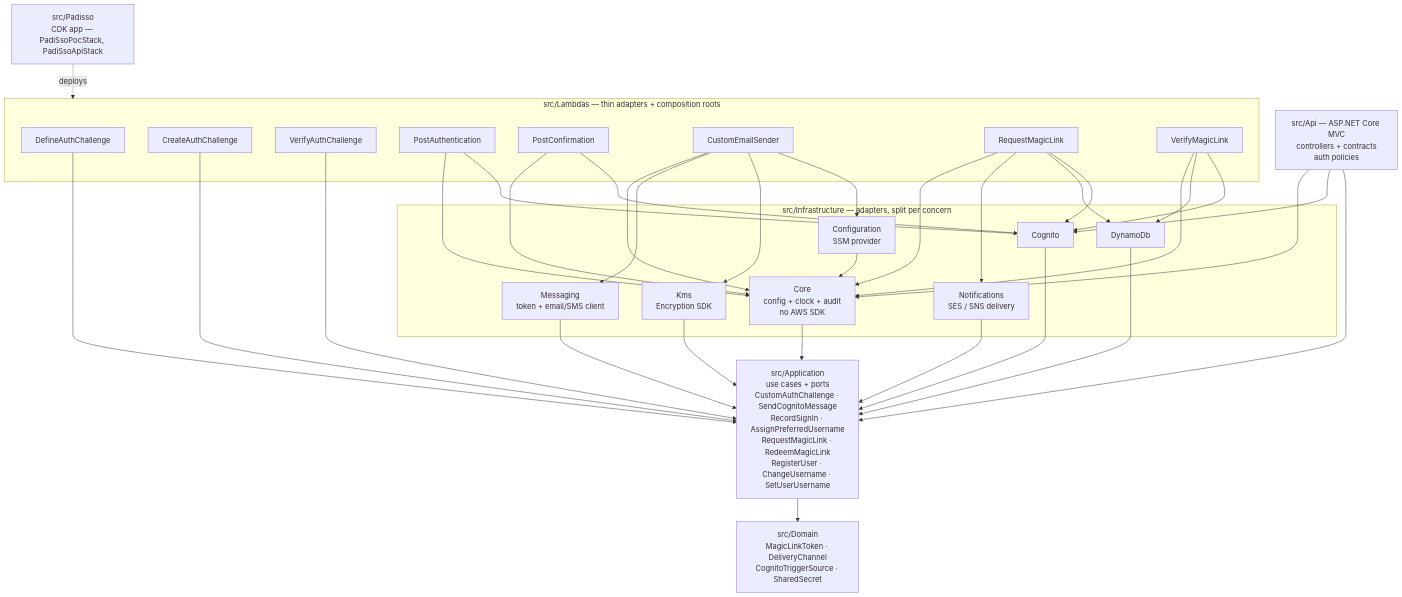
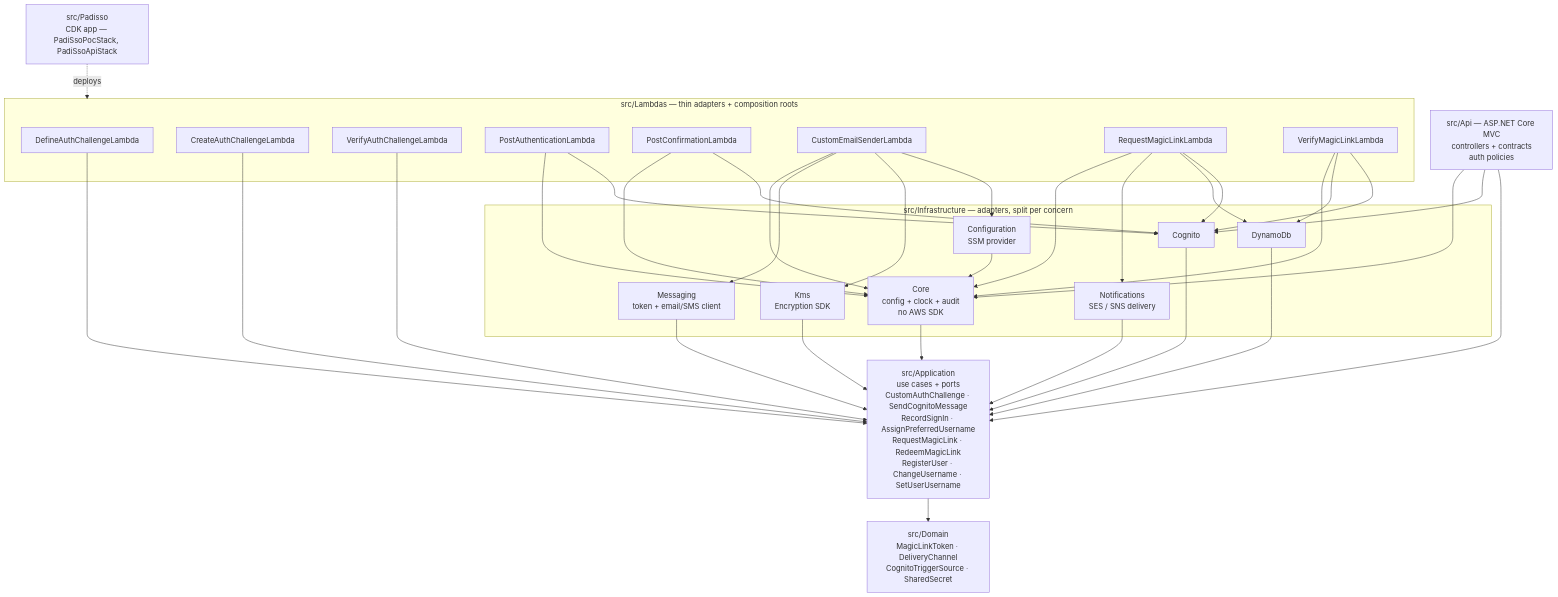
Before and after one commit to minhthanhnguyen/PADISSOPOC: the third of 6 diagrams in PADISSOPOC/docs/architecture.md, drawn with Mermaid. The commit also changed other lines of this file and 23 other files, not shown here.

````diff
--- a/PADISSOPOC/docs/architecture.md
+++ b/PADISSOPOC/docs/architecture.md
@@ -151,65 +154,65 @@
 ```mermaid
 flowchart TD
     WEBAPI["src/Api — ASP.NET Core MVC<br/>controllers + contracts<br/>auth policies"]
 
     subgraph lam["src/Lambdas — thin adapters + composition roots"]
-        L1["DefineAuthChallenge"]
-        L2["CreateAuthChallenge"]
-        L3["VerifyAuthChallenge"]
-        L4["PostAuthentication"]
-        L8["PostConfirmation"]
-        L5["CustomEmailSender"]
-        L6["RequestMagicLink"]
-        L7["VerifyMagicLink"]
+        L1["DefineAuthChallengeLambda"]
+        L2["CreateAuthChallengeLambda"]
+        L3["VerifyAuthChallengeLambda"]
+        L4["PostAuthenticationLambda"]
+        L8["PostConfirmationLambda"]
+        L5["CustomEmailSenderLambda"]
+        L6["RequestMagicLinkLambda"]
+        L7["VerifyMagicLinkLambda"]
     end
 
     subgraph infra["src/Infrastructure — adapters, split per concern"]
         ICore["Core<br/>config + clock + audit<br/>no AWS SDK"]
         ICfg["Configuration<br/>SSM provider"]
         ICog["Cognito"]
         IDdb["DynamoDb"]
         IKms["Kms<br/>Encryption SDK"]
         IMsg["Messaging<br/>token + email/SMS client"]
         INot["Notifications<br/>SES / SNS delivery"]
     end
 
     APP["src/Application<br/>use cases + ports<br/>CustomAuthChallenge · SendCognitoMessage<br/>RecordSignIn · AssignPreferredUsername<br/>RequestMagicLink · RedeemMagicLink<br/>RegisterUser · ChangeUsername · SetUserUsername"]
     DOM["src/Domain<br/>MagicLinkToken · DeliveryChannel<br/>CognitoTriggerSource · SharedSecret"]
 
     CDK["src/Padisso<br/>CDK app — PadiSsoPocStack, PadiSsoApiStack"]
 
     L1 --> APP
     L2 --> APP
     L3 --> APP
     L4 --> ICog
     L5 --> ICfg
     L5 --> IKms
     L5 --> IMsg
     L6 --> ICog
     L6 --> IDdb
     L6 --> INot
     L7 --> ICog
     L7 --> IDdb
 
     L8 --> ICog
     L8 --> ICore
     L4 --> ICore
     L5 --> ICore
     L6 --> ICore
     L7 --> ICore
 
     WEBAPI --> APP
     WEBAPI --> ICog
     WEBAPI --> ICore
 
     ICore --> APP
     ICfg --> ICore
     ICog --> APP
     IDdb --> APP
     IKms --> APP
     IMsg --> APP
     INot --> APP
     APP --> DOM
 
     CDK -.->|deploys| lam
 ```
````
